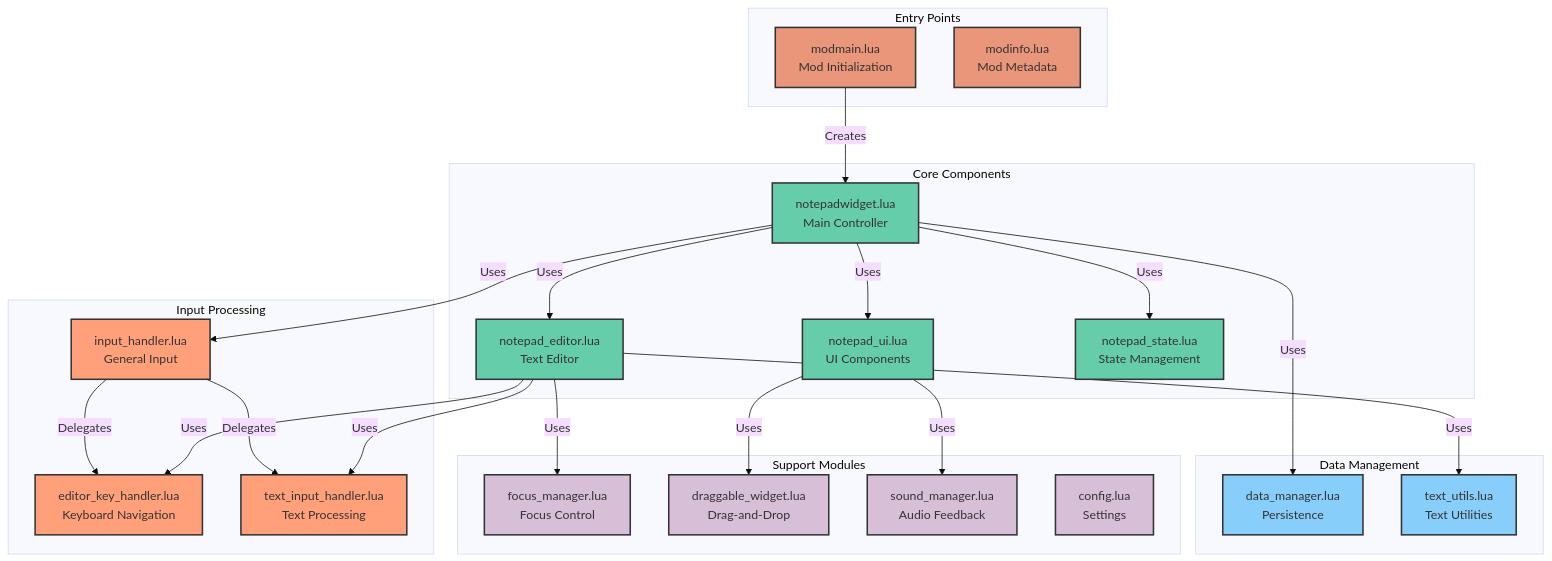
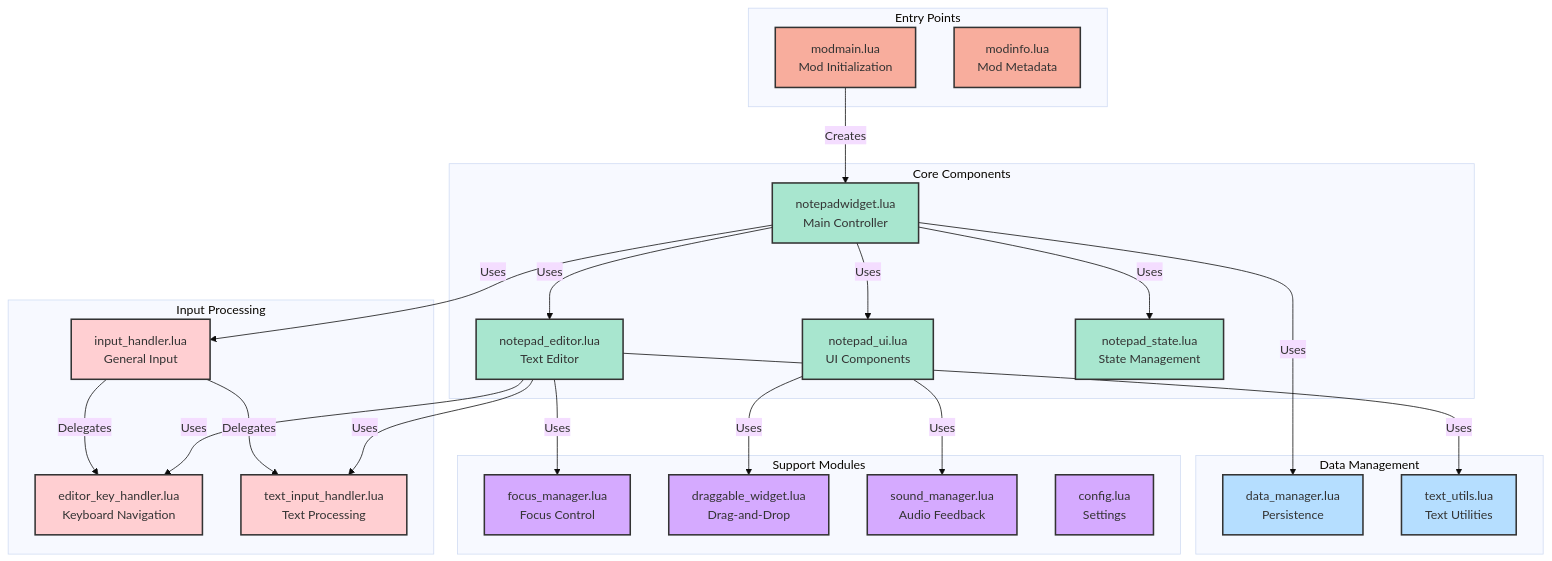
One commit to hegone/dst-quicknotes changed the first of 7 diagrams in docs/visual_architecture.md. Above: the diagram before and after it, drawn with Mermaid (base theme). The commit also changed other lines of this file, not shown here.

````diff
--- a/docs/visual_architecture.md
+++ b/docs/visual_architecture.md
@@ -9,65 +9,65 @@
 ```mermaid
 flowchart TD
     %% Main Components and Architecture
     subgraph Entry["Entry Points"]
         modmain["modmain.lua\nMod Initialization"]
         modinfo["modinfo.lua\nMod Metadata"]
     end
     
     subgraph Core["Core Components"]
         notepadwidget["notepadwidget.lua\nMain Controller"]
         notepad_ui["notepad_ui.lua\nUI Components"]
         notepad_editor["notepad_editor.lua\nText Editor"]
         notepad_state["notepad_state.lua\nState Management"]
     end
     
     subgraph InputHandling["Input Processing"]
         input_handler["input_handler.lua\nGeneral Input"]
         editor_key_handler["editor_key_handler.lua\nKeyboard Navigation"]
         text_input_handler["text_input_handler.lua\nText Processing"]
     end
     
     subgraph Data["Data Management"]
         data_manager["data_manager.lua\nPersistence"]
         text_utils["text_utils.lua\nText Utilities"]
     end
     
     subgraph Utilities["Support Modules"]
         focus_manager["focus_manager.lua\nFocus Control"]
         draggable_widget["draggable_widget.lua\nDrag-and-Drop"]
         sound_manager["sound_manager.lua\nAudio Feedback"]
         config["config.lua\nSettings"]
     end
     
     %% Connections between components
     modmain -->|Creates| notepadwidget
     notepadwidget -->|Uses| notepad_ui
     notepadwidget -->|Uses| notepad_editor
     notepadwidget -->|Uses| notepad_state
     notepadwidget -->|Uses| input_handler
     notepadwidget -->|Uses| data_manager
     
     notepad_editor -->|Uses| editor_key_handler
     notepad_editor -->|Uses| text_input_handler
     notepad_editor -->|Uses| text_utils
     notepad_editor -->|Uses| focus_manager
     
     notepad_ui -->|Uses| draggable_widget
     notepad_ui -->|Uses| sound_manager
     
     input_handler -->|Delegates| editor_key_handler
     input_handler -->|Delegates| text_input_handler
     
     %% Visual styling
-    classDef entryPoint fill:#e9967a,stroke:#333,stroke-width:2px
-    classDef core fill:#66cdaa,stroke:#333,stroke-width:2px
-    classDef input fill:#ffa07a,stroke:#333,stroke-width:2px
-    classDef data fill:#87cefa,stroke:#333,stroke-width:2px
-    classDef utility fill:#d8bfd8,stroke:#333,stroke-width:2px
+    classDef entryPoint fill:#f8ad9d,stroke:#333,stroke-width:2px,color:#333
+    classDef core fill:#a8e6cf,stroke:#333,stroke-width:2px,color:#333
+    classDef input fill:#ffcfd2,stroke:#333,stroke-width:2px,color:#333
+    classDef data fill:#b5deff,stroke:#333,stroke-width:2px,color:#333
+    classDef utility fill:#d5aaff,stroke:#333,stroke-width:2px,color:#333
     
     class modmain,modinfo entryPoint
     class notepadwidget,notepad_ui,notepad_editor,notepad_state core
     class input_handler,editor_key_handler,text_input_handler input
     class data_manager,text_utils data
     class focus_manager,draggable_widget,sound_manager,config utility
 ```
````
